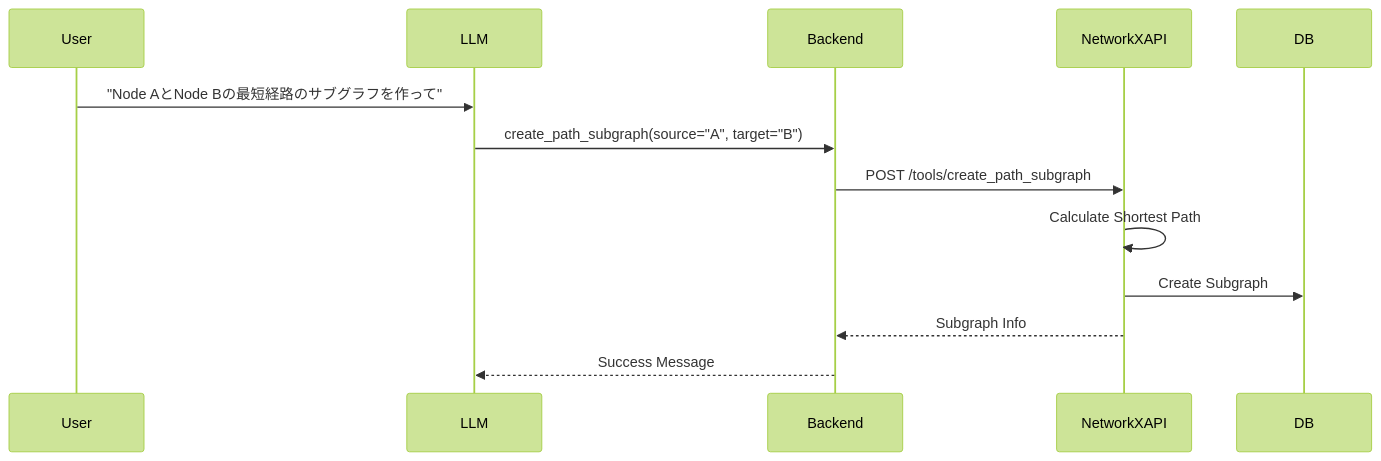
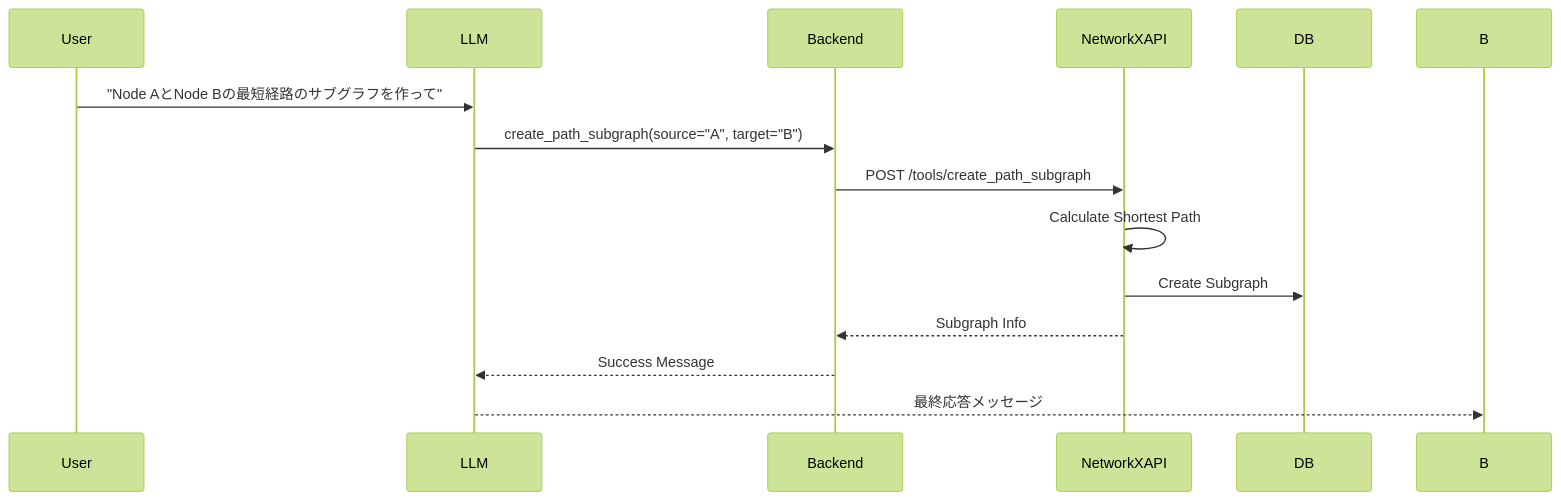
One commit to vdslab/LLMGraphvis changed the fifth of 7 diagrams in specification/2_Technical_Details/6_Core_Workflows.md. Above: the diagram before and after it, drawn with Mermaid (forest theme). The commit also changed other lines of this file and 2 other files, not shown here.

````diff
--- a/specification/2_Technical_Details/6_Core_Workflows.md
+++ b/specification/2_Technical_Details/6_Core_Workflows.md
@@ -250,15 +246,16 @@
 ```mermaid
 sequenceDiagram
     participant User
     participant LLM
     participant Backend
     participant NetworkXAPI
 
     User->>LLM: "Node AとNode Bの最短経路のサブグラフを作って"
     LLM->>Backend: create_path_subgraph(source="A", target="B")
     Backend->>NetworkXAPI: POST /tools/create_path_subgraph
     NetworkXAPI->>NetworkXAPI: Calculate Shortest Path
     NetworkXAPI->>DB: Create Subgraph
     NetworkXAPI-->>Backend: Subgraph Info
     Backend-->>LLM: Success Message
-```    
+    LLM-->>B: 最終応答メッセージ
+```
````
